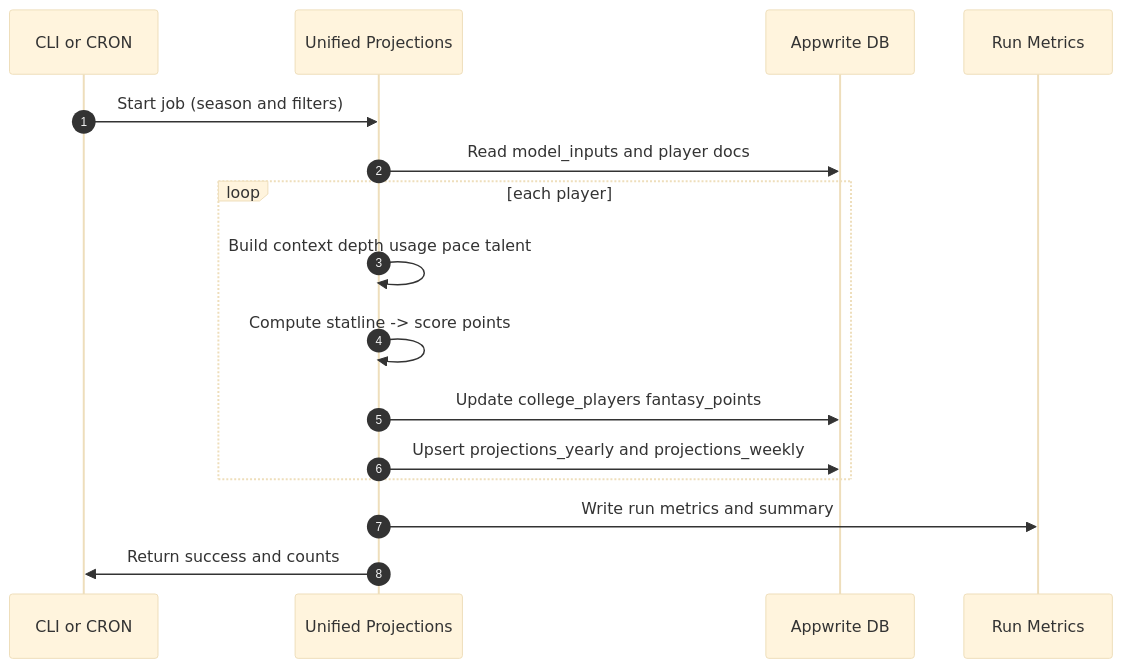
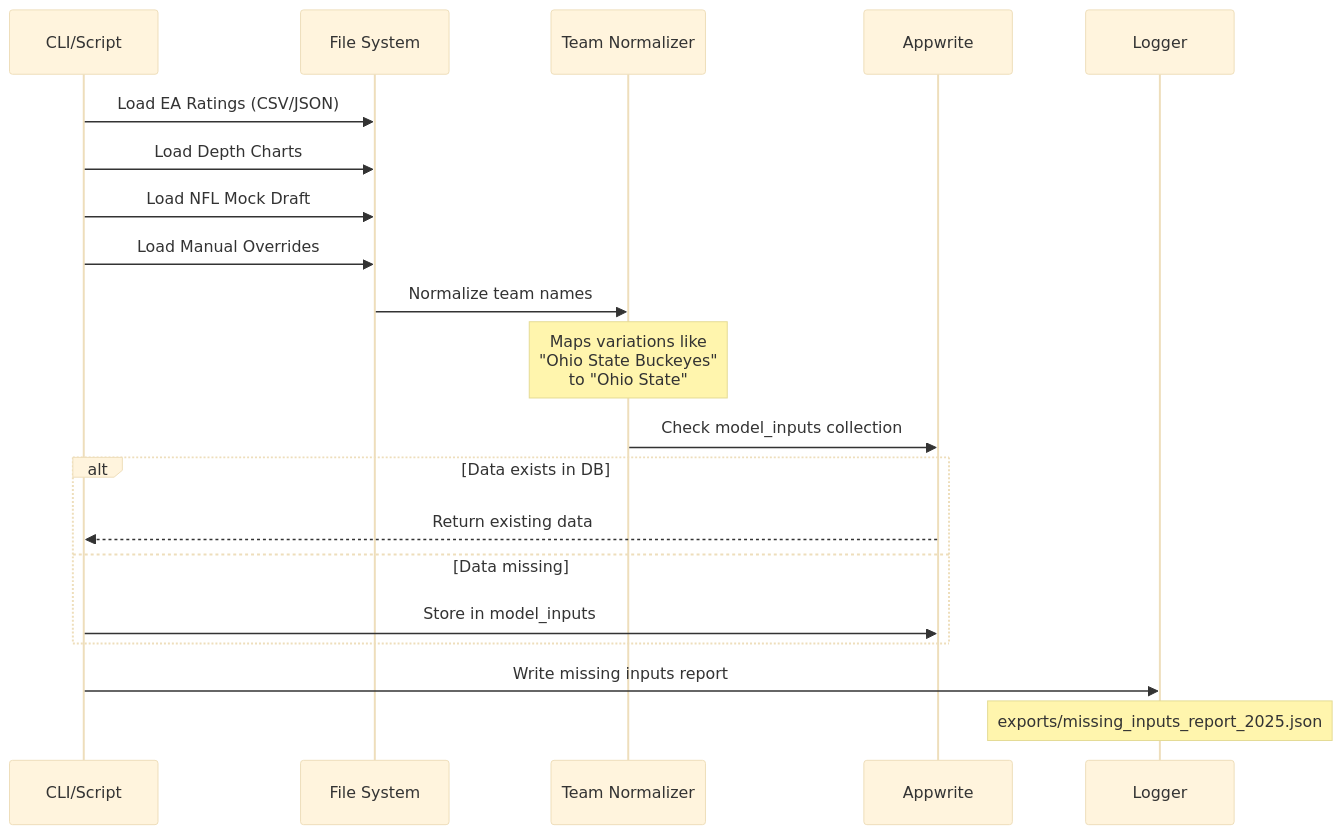
The second of 9 diagrams in public/docs/draft/PROJECTIONS_DIAGRAMS.md (kpm34/college-football-fantasy-app), drawn with Mermaid (base theme) before and after one commit. The commit also changed other lines of this file and 11 other files, not shown here.

First line of the commit message:
feat: Update projection system with enhanced logic and comprehensive diagrams

````diff
--- a/public/docs/draft/PROJECTIONS_DIAGRAMS.md
+++ b/public/docs/draft/PROJECTIONS_DIAGRAMS.md
@@ -31,19 +51,26 @@
 ```mermaid
 sequenceDiagram
-  autonumber
-  participant CLI as CLI or CRON
-  participant ENG as Unified Projections
-  participant DB as Appwrite DB
-  participant LOG as Run Metrics
-
-  CLI->>ENG: Start job (season and filters)
-  ENG->>DB: Read model_inputs and player docs
-  loop each player
-    ENG->>ENG: Build context depth usage pace talent
-    ENG->>ENG: Compute statline -> score points
-    ENG->>DB: Update college_players fantasy_points
-    ENG->>DB: Upsert projections_yearly and projections_weekly
-  end
-  ENG->>LOG: Write run metrics and summary
-  ENG->>CLI: Return success and counts
+    participant CLI as CLI/Script
+    participant FS as File System
+    participant NORM as Team Normalizer
+    participant DB as Appwrite
+    participant LOG as Logger
+    
+    CLI->>FS: Load EA Ratings (CSV/JSON)
+    CLI->>FS: Load Depth Charts
+    CLI->>FS: Load NFL Mock Draft
+    CLI->>FS: Load Manual Overrides
+    
+    FS->>NORM: Normalize team names
+    Note over NORM: Maps variations like<br/>"Ohio State Buckeyes"<br/>to "Ohio State"
+    
+    NORM->>DB: Check model_inputs collection
+    alt Data exists in DB
+        DB-->>CLI: Return existing data
+    else Data missing
+        CLI->>DB: Store in model_inputs
+    end
+    
+    CLI->>LOG: Write missing inputs report
+    Note over LOG: exports/missing_inputs_report_2025.json
 ```
````
